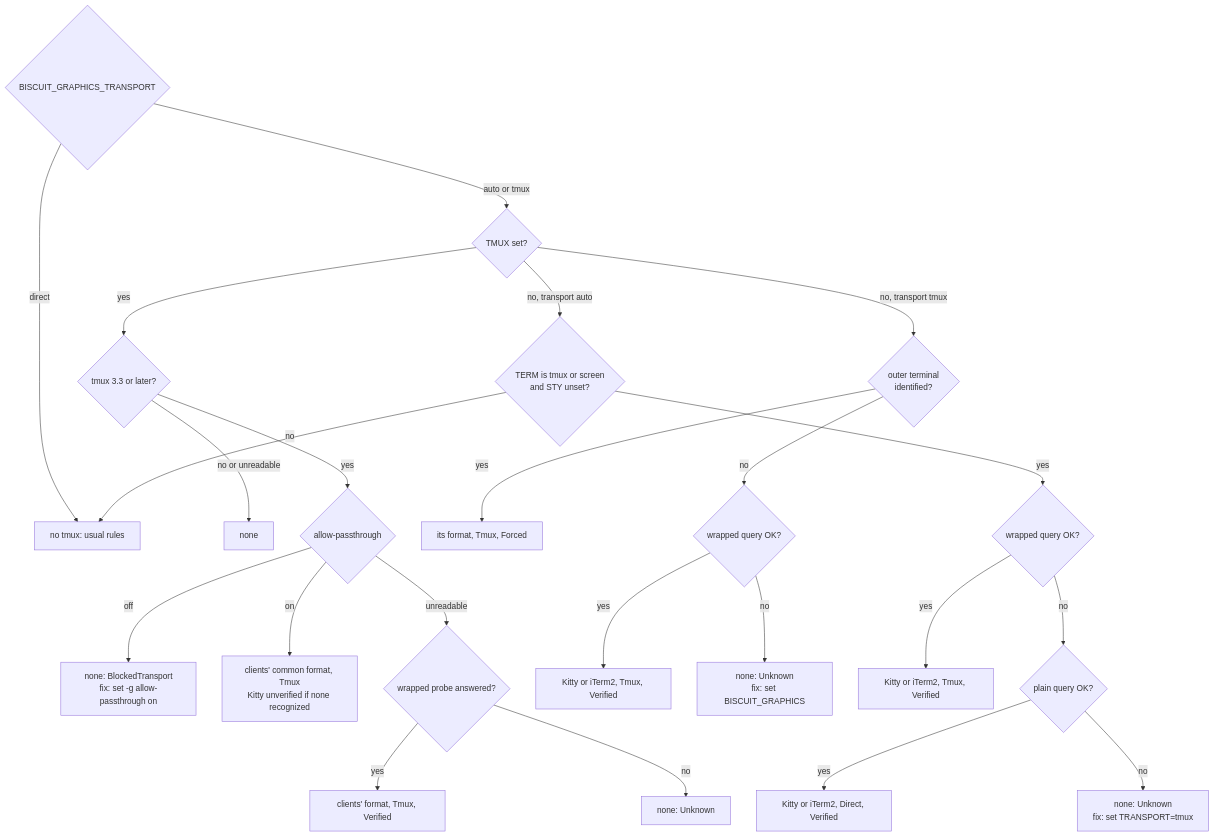
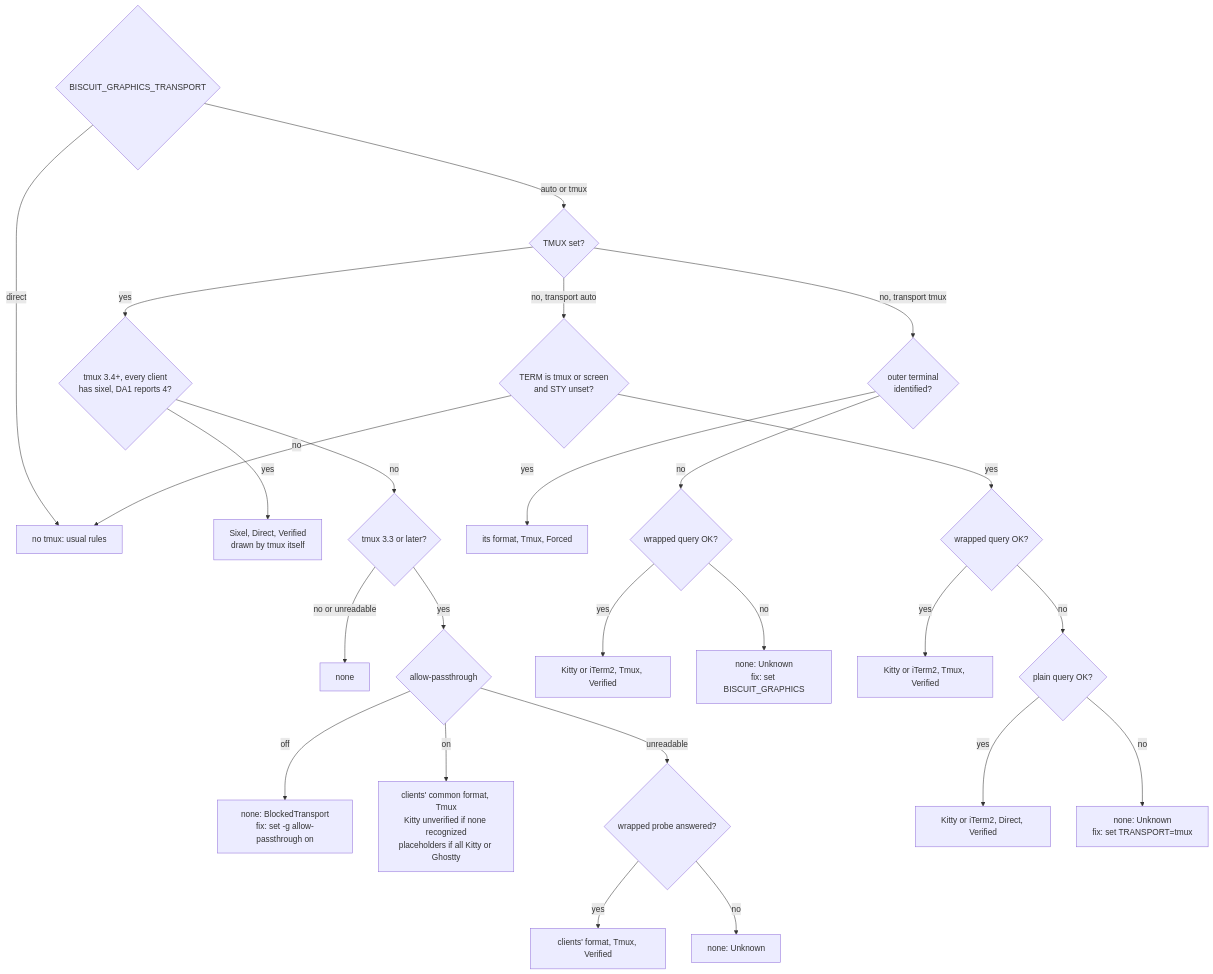
One commit to yankeeinlondon/rusty-biscuit changed the second of 2 diagrams in biscuit-terminal/docs/discovery/graphics-routes.md. Above: the diagram before and after it, drawn with Mermaid. The commit also changed other lines of this file and 11 other files, not shown here.

First line of the commit message:
docs(biscuit-terminal): document Sixel graphics behavior

````diff
--- a/biscuit-terminal/docs/discovery/graphics-routes.md
+++ b/biscuit-terminal/docs/discovery/graphics-routes.md
@@ -432,25 +476,27 @@
 ```mermaid
 flowchart TD
     D{BISCUIT_GRAPHICS_TRANSPORT} -->|direct| N[no tmux: usual rules]
     D -->|auto or tmux| A{TMUX set?}
-    A -->|yes| V{tmux 3.3 or later?}
+    A -->|yes| NS{tmux 3.4+, every client<br/>has sixel, DA1 reports 4?}
+    NS -->|yes| NSX[Sixel, Direct, Verified<br/>drawn by tmux itself]
+    NS -->|no| V{tmux 3.3 or later?}
     V -->|no or unreadable| VN[none]
     V -->|yes| PT{allow-passthrough}
     PT -->|off| PO[none: BlockedTransport<br/>fix: set -g allow-passthrough on]
-    PT -->|on| PC[clients' common format, Tmux<br/>Kitty unverified if none recognized]
+    PT -->|on| PC[clients' common format, Tmux<br/>Kitty unverified if none recognized<br/>placeholders if all Kitty or Ghostty]
     PT -->|unreadable| PW{wrapped probe answered?}
     PW -->|yes| PV[clients' format, Tmux, Verified]
     PW -->|no| PU[none: Unknown]
     A -->|no, transport tmux| DT{outer terminal<br/>identified?}
     DT -->|yes| DF[its format, Tmux, Forced]
     DT -->|no| DW{wrapped query OK?}
     DW -->|yes| DV[Kitty or iTerm2, Tmux, Verified]
     DW -->|no| DU[none: Unknown<br/>fix: set BISCUIT_GRAPHICS]
     A -->|no, transport auto| H{TERM is tmux or screen<br/>and STY unset?}
     H -->|no| N
     H -->|yes| HW{wrapped query OK?}
     HW -->|yes| HV[Kitty or iTerm2, Tmux, Verified]
     HW -->|no| HP{plain query OK?}
     HP -->|yes| HK[Kitty or iTerm2, Direct, Verified]
     HP -->|no| HU[none: Unknown<br/>fix: set TRANSPORT=tmux]
 ```
````
